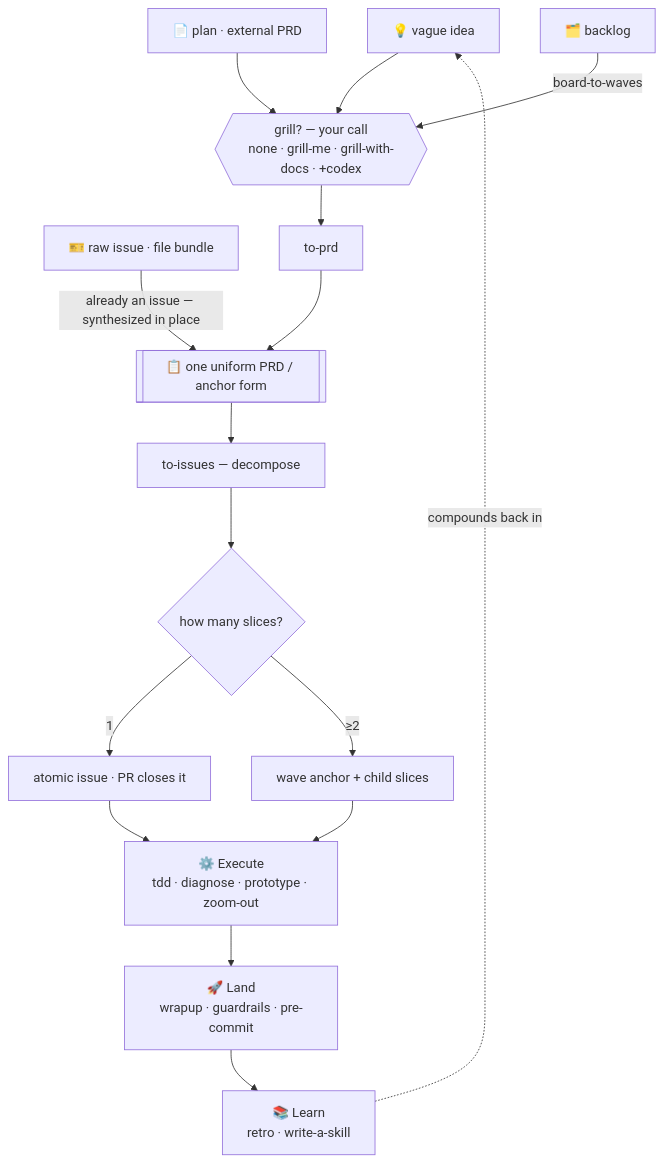
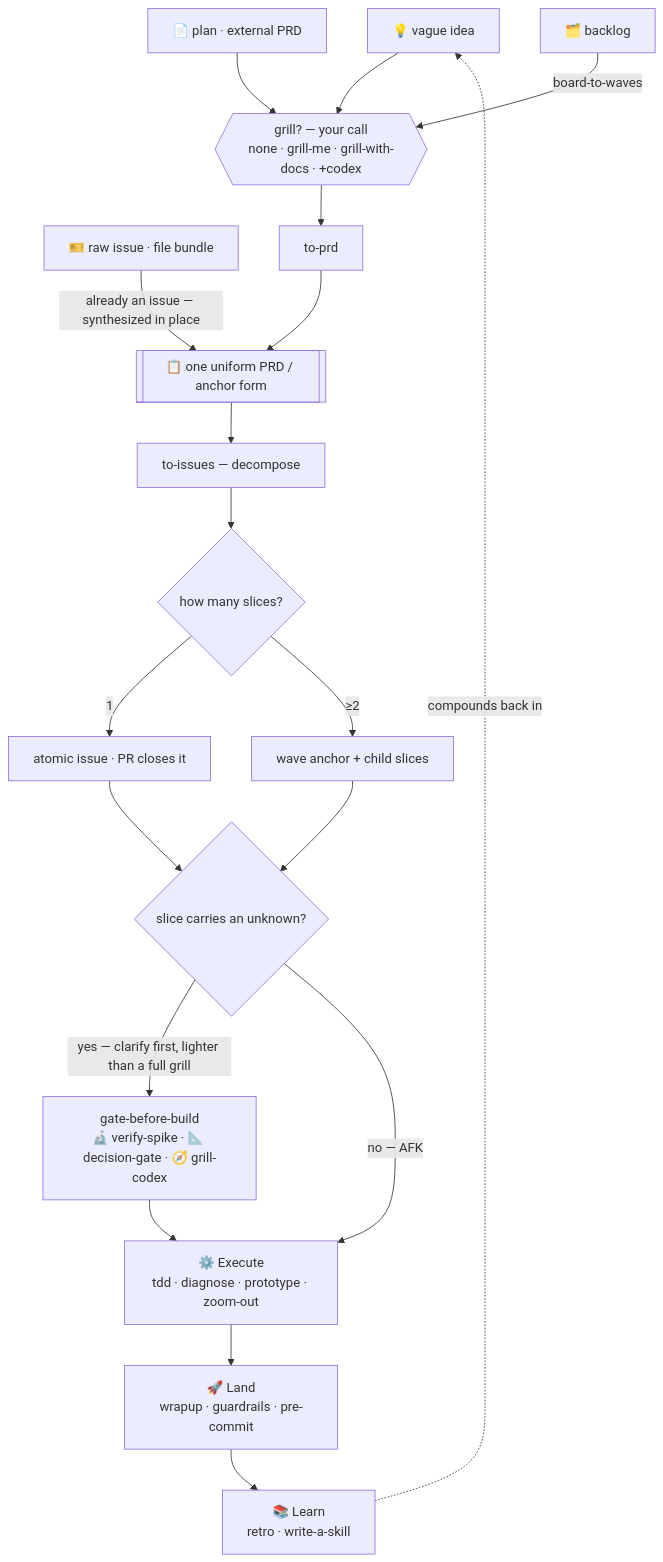
One commit to iKon85/agent-workflow-kit changed the diagram in README.md. Above: the diagram before and after it, drawn with Mermaid. The commit also changed other lines of this file and 27 other files, not shown here.

````diff
--- a/README.md
+++ b/README.md
@@ -35,33 +35,38 @@
 ```mermaid
 flowchart TB
     idea["💡 vague idea"]
     plan["📄 plan · external PRD"]
     backlog["🗂️ backlog"]
     issue["🎫 raw issue · file bundle"]
     grill{{"grill? — your call<br/>none · grill-me · grill-with-docs · +codex"}}
     toprd["to-prd"]
     form[["📋 one uniform PRD / anchor form"]]
     toissues["to-issues — decompose"]
     dec{"how many slices?"}
     atom["atomic issue · PR closes it"]
     wave["wave anchor + child slices"]
+    gatecheck{"slice carries an unknown?"}
+    gate["gate-before-build<br/>🔬 verify-spike · 📐 decision-gate · 🧭 grill-codex"]
     exec["⚙️ Execute<br/>tdd · diagnose · prototype · zoom-out"]
     land["🚀 Land<br/>wrapup · guardrails · pre-commit"]
     learn["📚 Learn<br/>retro · write-a-skill"]
 
     idea --> grill
     plan --> grill
     backlog -->|"board-to-waves"| grill
     grill --> toprd
     toprd --> form
     issue -->|"already an issue — synthesized in place"| form
     form --> toissues
     toissues --> dec
     dec -->|"1"| atom
     dec -->|"≥2"| wave
-    atom --> exec
-    wave --> exec
+    atom --> gatecheck
+    wave --> gatecheck
+    gatecheck -->|"yes — clarify first, lighter than a full grill"| gate
+    gatecheck -->|"no — AFK"| exec
+    gate --> exec
     exec --> land
     land --> learn
     learn -.->|"compounds back in"| idea
 ```
````
